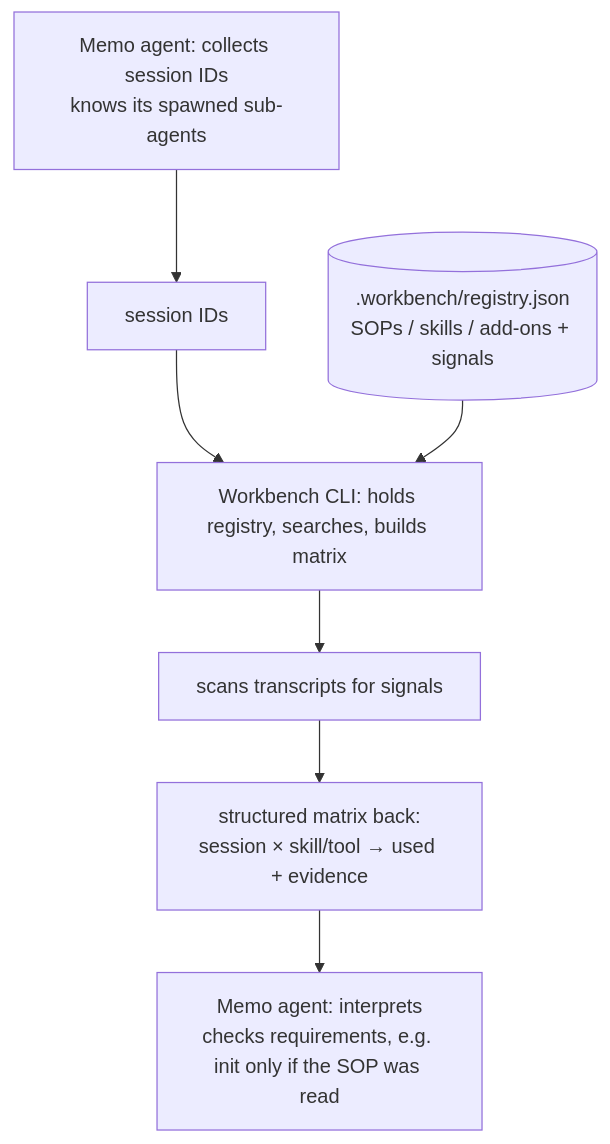
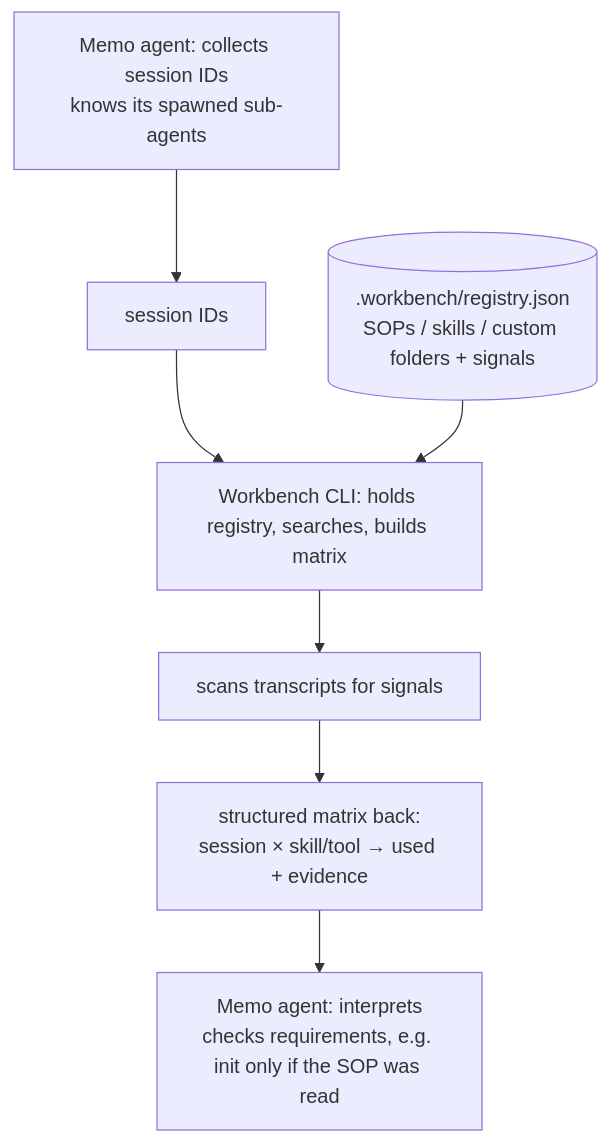
One commit to Memo-Init/spec changed the diagram in generated/docs-payload/workbench/20-cli.md. Above: the diagram before and after it, drawn with Mermaid. The commit also changed other lines of this file and 126 other files, not shown here.

````diff
--- a/generated/docs-payload/workbench/20-cli.md
+++ b/generated/docs-payload/workbench/20-cli.md
@@ -137,9 +137,9 @@
 ```mermaid
 flowchart TD
     MEMO1["Memo agent: collects session IDs<br/>knows its spawned sub-agents"] --> IDS["session IDs"]
     IDS --> WCLI["Workbench CLI: holds registry, searches, builds matrix"]
-    REGISTRY[(".workbench/registry.json<br/>SOPs / skills / add-ons + signals")] --> WCLI
+    REGISTRY[(".workbench/registry.json<br/>SOPs / skills / custom folders + signals")] --> WCLI
     WCLI --> SCAN2["scans transcripts for signals"]
     SCAN2 --> MATRIX["structured matrix back:<br/>session × skill/tool → used + evidence"]
     MATRIX --> MEMO2["Memo agent: interprets<br/>checks requirements, e.g. init only if the SOP was read"]
 ```
````
